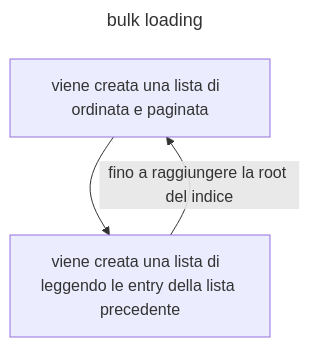
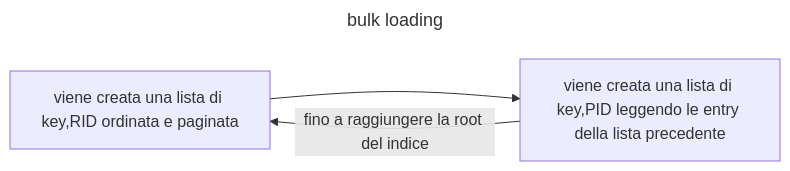
One commit to carnivuth/carnivuth changed the third of 3 diagrams in content/tecnologie_basi_dati/b+tree/index.md. Above: the diagram before and after it, drawn with Mermaid. The commit also changed other lines of this file and 5 other files, not shown here.

````diff
--- a/content/tecnologie_basi_dati/b+tree/index.md
+++ b/content/tecnologie_basi_dati/b+tree/index.md
@@ -110,9 +111,9 @@
 ```mermaid
 ---
 title: bulk loading
 ---
-flowchart TD
-A[viene creata una lista di <key,RID> ordinata e paginata]
-B[viene creata una lista di <key,PID> leggendo le entry della lista precedente]
+flowchart LR
+A[viene creata una lista di key,RID ordinata e paginata]
+B[viene creata una lista di key,PID leggendo le entry della lista precedente]
 A --> B -- fino a raggiungere la root del indice--> A
 ```
````
